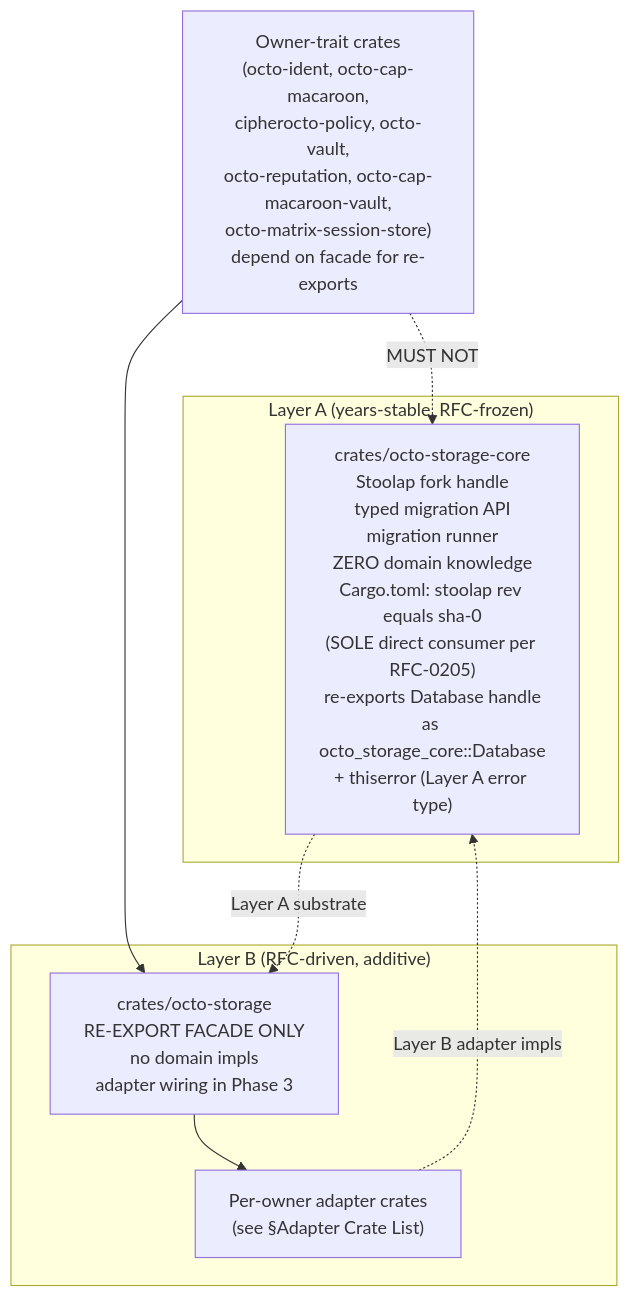
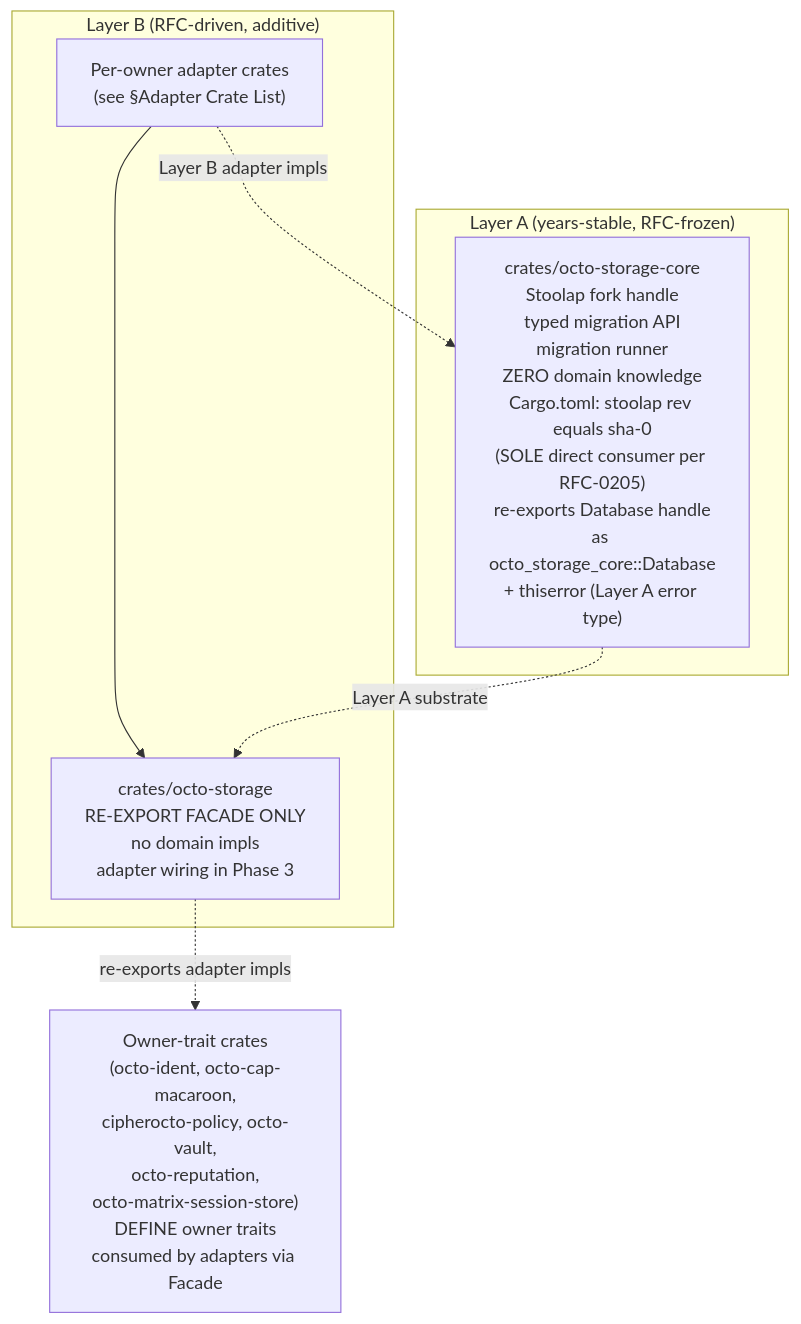
One commit to CipherOcto/cipherocto changed the first of 2 diagrams in rfcs/draft/storage/0206-octo-storage-split.md. Above: the diagram before and after it, drawn with Mermaid. The commit also changed other lines of this file, not shown here.

````diff
--- a/rfcs/draft/storage/0206-octo-storage-split.md
+++ b/rfcs/draft/storage/0206-octo-storage-split.md
@@ -79,15 +79,15 @@
 ```mermaid
 graph TD
     subgraph LayerA["Layer A (years-stable, RFC-frozen)"]
         Core["crates/octo-storage-core<br/>Stoolap fork handle<br/>typed migration API<br/>migration runner<br/>ZERO domain knowledge<br/>Cargo.toml: stoolap rev equals sha-0<br/>(SOLE direct consumer per RFC-0205)<br/>re-exports Database handle<br/>as octo_storage_core::Database<br/>+ thiserror (Layer A error type)"]
     end
     subgraph LayerB["Layer B (RFC-driven, additive)"]
         Facade["crates/octo-storage<br/>RE-EXPORT FACADE ONLY<br/>no domain impls<br/>adapter wiring in Phase 3"]
         Adapters["Per-owner adapter crates<br/>(see §Adapter Crate List)"]
-        Facade --> Adapters
+        Adapters --> Facade
     end
-    OwnerCrates["Owner-trait crates<br/>(octo-ident, octo-cap-macaroon,<br/>cipherocto-policy, octo-vault,<br/>octo-reputation, octo-cap-macaroon-vault,<br/>octo-matrix-session-store)<br/>depend on facade for re-exports"] --> Facade
+    OwnerCrates["Owner-trait crates<br/>(octo-ident, octo-cap-macaroon,<br/>cipherocto-policy, octo-vault,<br/>octo-reputation,<br/>octo-matrix-session-store)<br/>DEFINE owner traits<br/>consumed by adapters via Facade"]
+    Facade -. re-exports adapter impls .-> OwnerCrates
     Core -. Layer A substrate .-> Facade
     Adapters -. Layer B adapter impls .-> Core
-    OwnerCrates -. MUST NOT .-> Core
 ```
````
